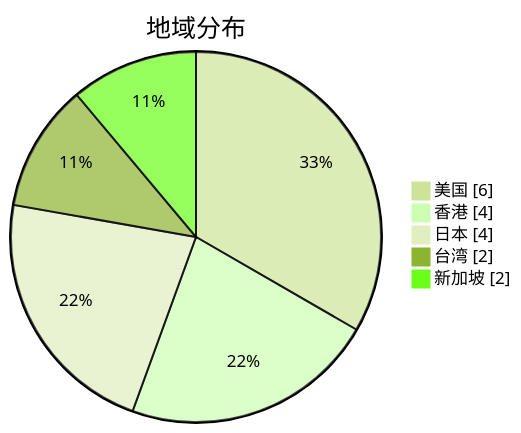
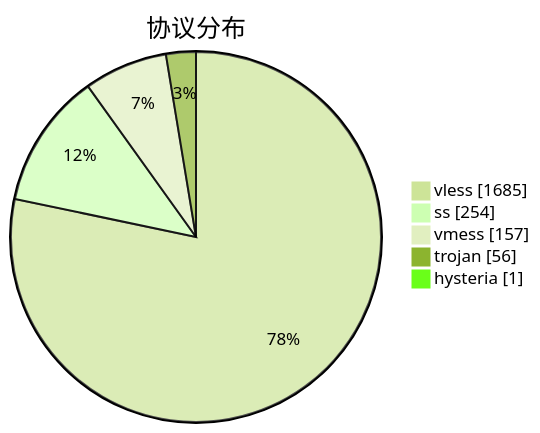
One commit to qjlxg/airport changed the third of 3 diagrams in subs/statistics/tested_within.md. Above: the diagram before and after it, drawn with Mermaid (forest theme). The commit also changed other lines of this file and 1 other file, not shown here.

````diff
--- a/subs/statistics/tested_within.md
+++ b/subs/statistics/tested_within.md
@@ -9,9 +65,9 @@
 ```mermaid
 pie showData
-title 地域分布
-"美国" : 6
-"香港" : 4
-"日本" : 4
-"台湾" : 2
-"新加坡" : 2
+title 协议分布
+"vless" : 1685
+"ss" : 254
+"vmess" : 157
+"trojan" : 56
+"hysteria" : 1
 ```
````
